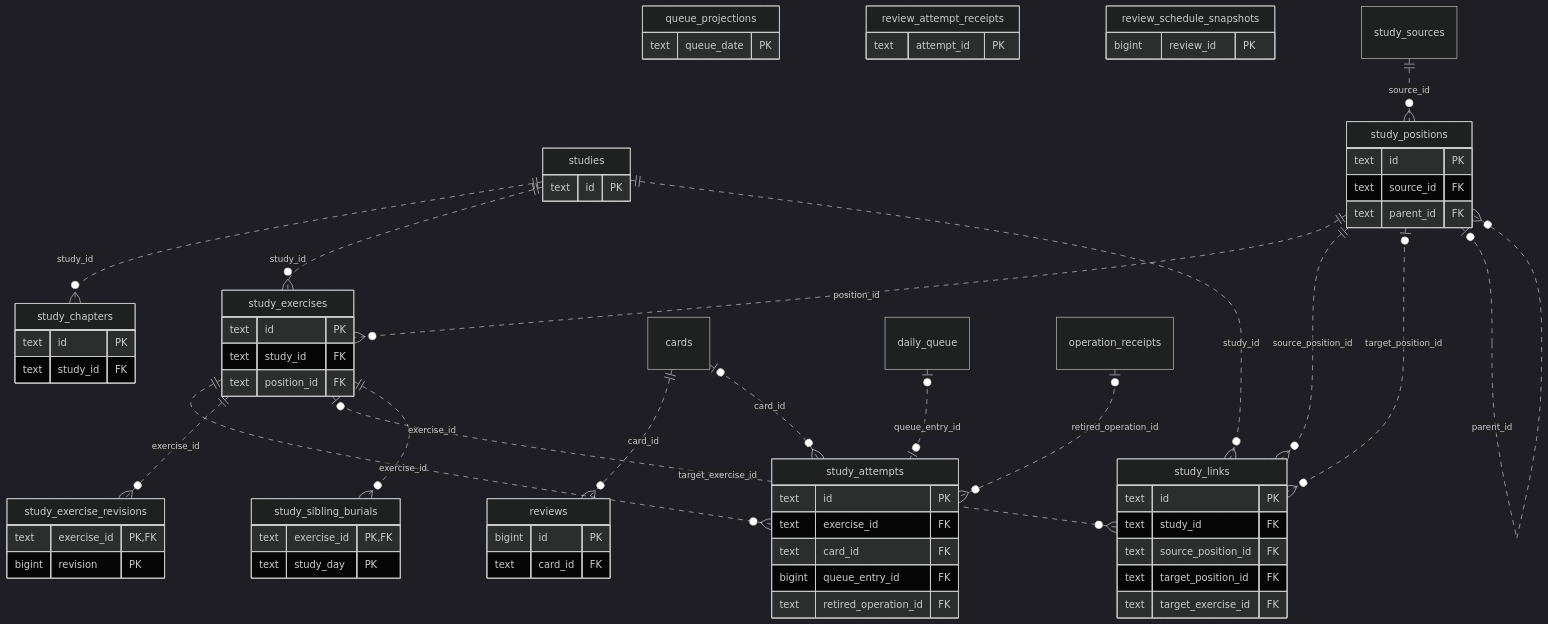
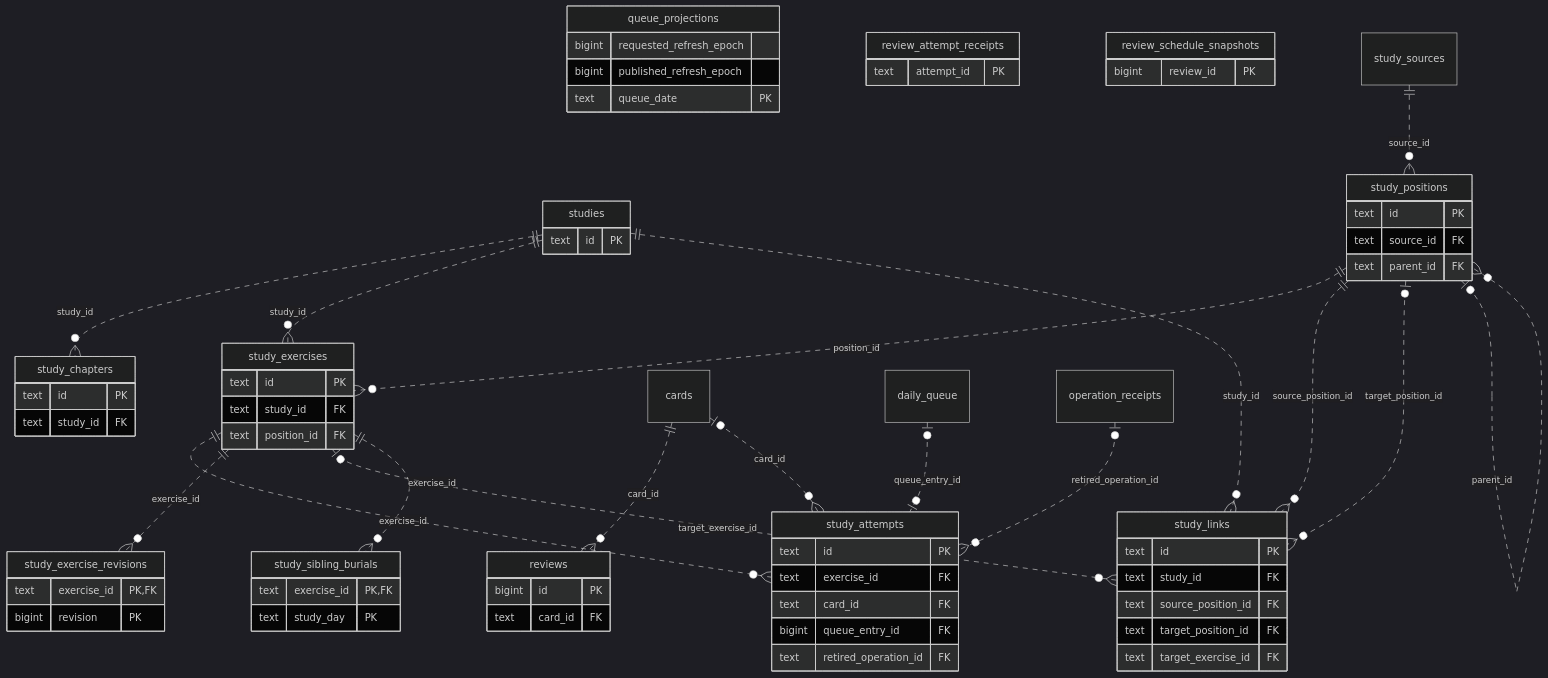
One commit to aaweaver-actuary/tempo changed the diagram in database/tempo_legacy_database/schema/study-queue-review-2/README.md. Above: the diagram before and after it, drawn with Mermaid (dark theme). The commit also changed other lines of this file and 6 other files, not shown here.

Commit message:
Add durable queue refresh epoch migration and owner diagrams

````diff
--- a/database/tempo_legacy_database/schema/study-queue-review-2/README.md
+++ b/database/tempo_legacy_database/schema/study-queue-review-2/README.md
@@ -9,71 +9,73 @@
 ```mermaid
 erDiagram
   queue_projections {
+    bigint requested_refresh_epoch
+    bigint published_refresh_epoch
     text queue_date PK
   }
   review_attempt_receipts {
     text attempt_id PK
   }
   review_schedule_snapshots {
     bigint review_id PK
   }
   reviews {
     bigint id PK
     text card_id FK
   }
   studies {
     text id PK
   }
   study_attempts {
     text id PK
     text exercise_id FK
     text card_id FK
     bigint queue_entry_id FK
     text retired_operation_id FK
   }
   study_chapters {
     text id PK
     text study_id FK
   }
   study_exercise_revisions {
     text exercise_id PK,FK
     bigint revision PK
   }
   study_exercises {
     text id PK
     text study_id FK
     text position_id FK
   }
   study_links {
     text id PK
     text study_id FK
     text source_position_id FK
     text target_position_id FK
     text target_exercise_id FK
   }
   study_positions {
     text id PK
     text source_id FK
     text parent_id FK
   }
   study_sibling_burials {
     text exercise_id PK,FK
     text study_day PK
   }
   cards ||..o{ reviews : "card_id"
   study_exercises ||..o{ study_attempts : "exercise_id"
   cards o|..o{ study_attempts : "card_id"
   daily_queue o|..o| study_attempts : "queue_entry_id"
   operation_receipts o|..o{ study_attempts : "retired_operation_id"
   studies ||..o{ study_chapters : "study_id"
   study_exercises ||..o{ study_exercise_revisions : "exercise_id"
   studies ||..o{ study_exercises : "study_id"
   study_positions ||..o{ study_exercises : "position_id"
   studies ||..o{ study_links : "study_id"
   study_positions ||..o{ study_links : "source_position_id"
   study_positions o|..o{ study_links : "target_position_id"
   study_exercises o|..o{ study_links : "target_exercise_id"
   study_sources ||..o{ study_positions : "source_id"
   study_positions o|..o{ study_positions : "parent_id"
   study_exercises ||..o{ study_sibling_burials : "exercise_id"
 ```
````
